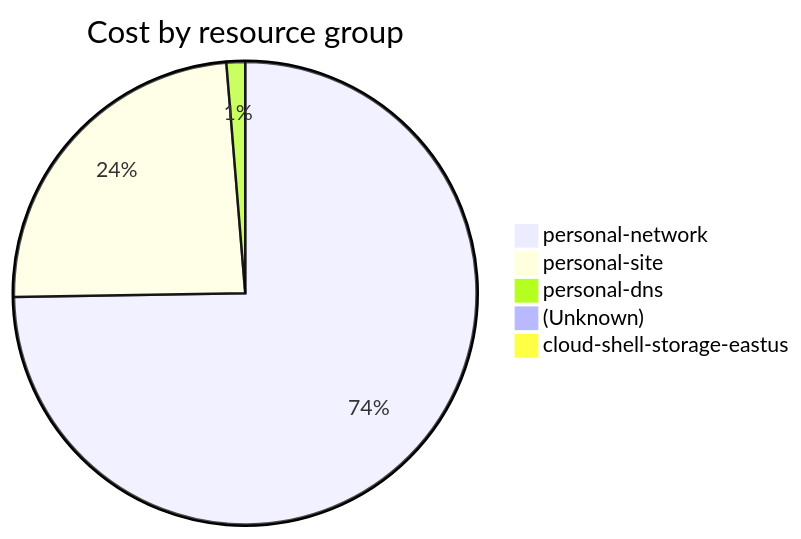
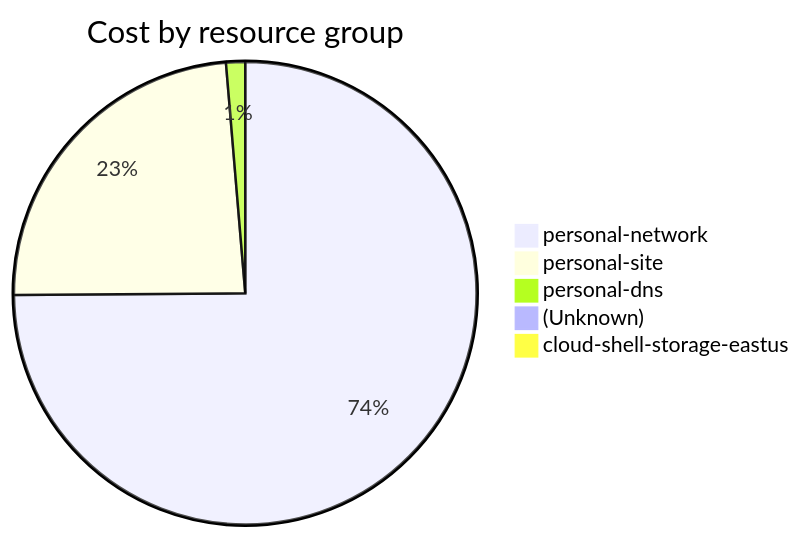
The fourth of 4 diagrams in cost-reports/accumulated-cost.md (jpfulton/azure-personal-reports), drawn with Mermaid before and after one commit. The commit also changed other lines of this file and 4 other files, not shown here.

````diff
--- a/cost-reports/accumulated-cost.md
+++ b/cost-reports/accumulated-cost.md
@@ -155,9 +155,9 @@
 ```mermaid
 pie
    title Cost by resource group
-   "personal-network" : 10.89
-   "personal-site" : 3.49
-   "personal-dns" : 0.19
-   "(Unknown)" : 0.14
-   "cloud-shell-storage-eastus" : 0.06
+   "personal-network" : 12.94
+   "personal-site" : 4.11
+   "personal-dns" : 0.23
+   "(Unknown)" : 0.17
+   "cloud-shell-storage-eastus" : 0.07
 ```
````
